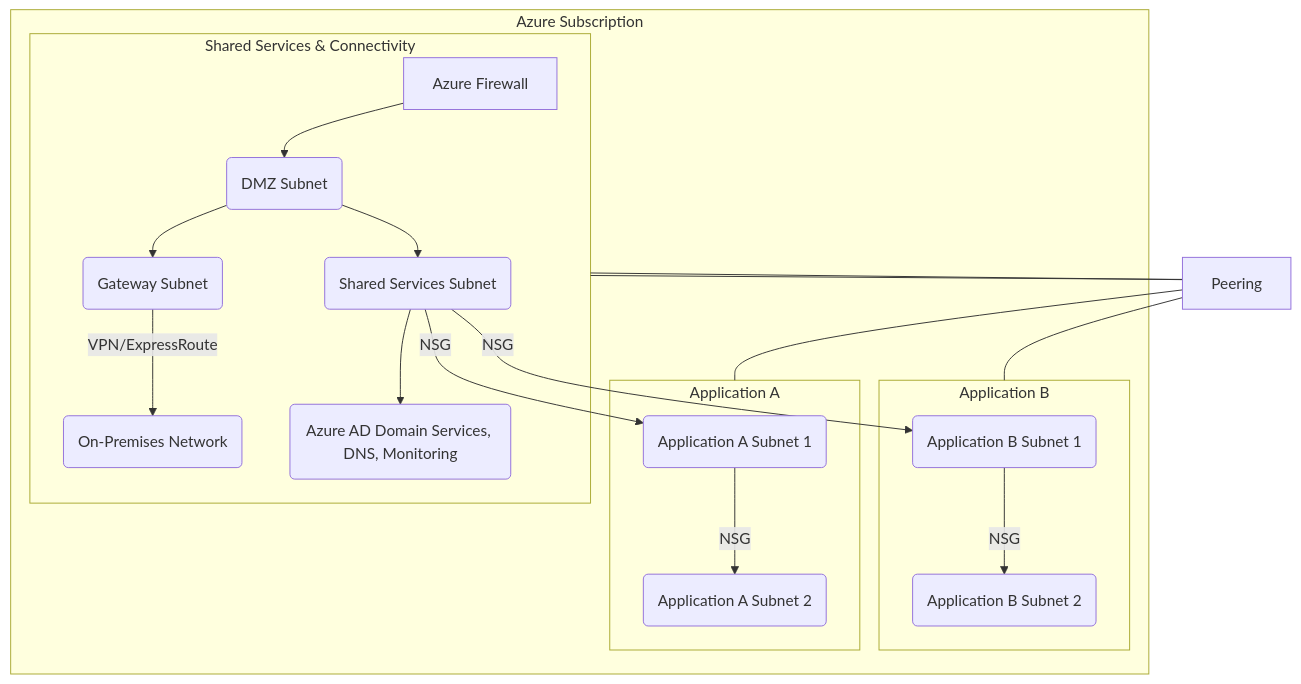
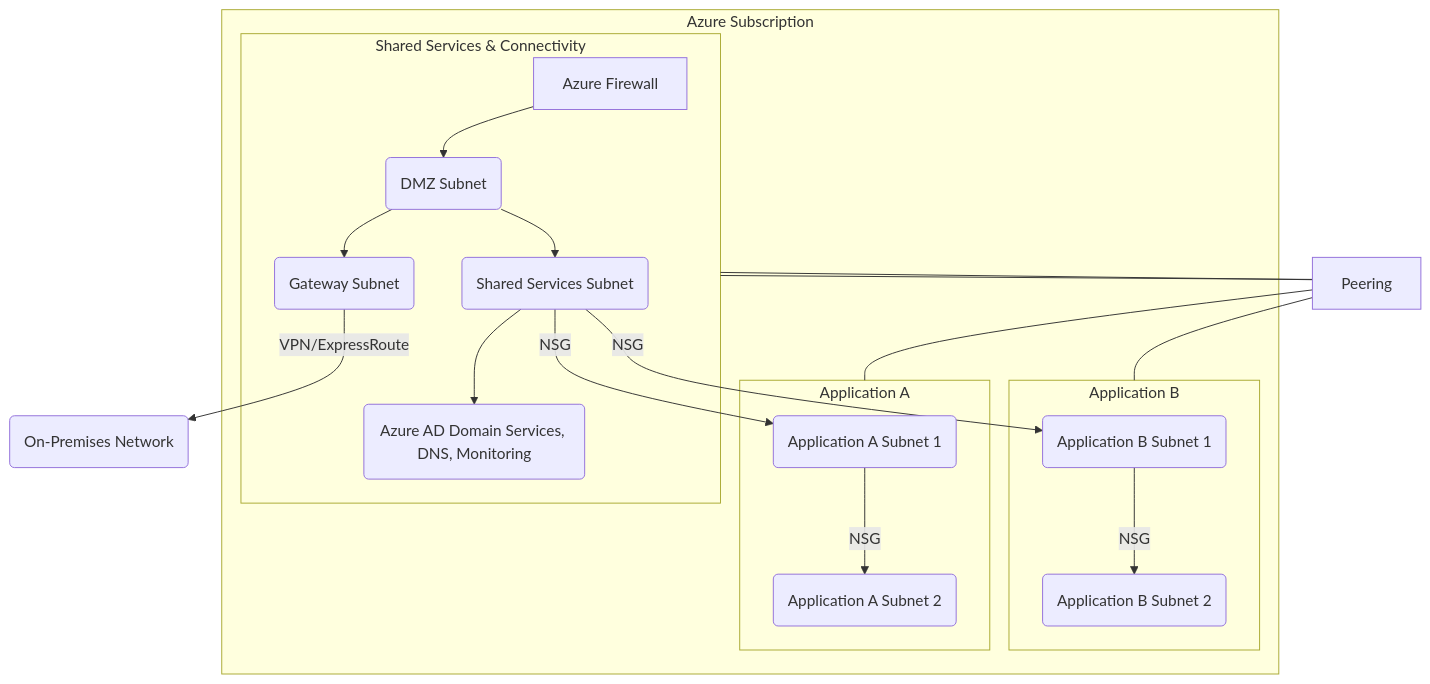
Before and after one commit to olions/olions-public: the diagram in README.md, drawn with Mermaid.

````diff
--- a/README.md
+++ b/README.md
@@ -4,30 +4,31 @@
 ```mermaid
 graph TD
     subgraph Azure Subscription
         subgraph Hub ["Shared Services & Connectivity"]
             A[Azure Firewall] --> B(DMZ Subnet)
             B --> C(Gateway Subnet)
-            C -- VPN/ExpressRoute --> D(On-Premises Network)
+            
             B --> E(Shared Services Subnet)
             E --> F(Azure AD Domain Services, DNS, Monitoring)
         end
 
         subgraph Spoke1 ["Application A"]
             G(Application A Subnet 1)
             H(Application A Subnet 2)
         end
 
         subgraph Spoke2 ["Application B"]
             I(Application B Subnet 1)
             J(Application B Subnet 2)
         end
     end
 
     Hub --- Peering --- Spoke1
     Hub --- Peering --- Spoke2
+    C -- VPN/ExpressRoute --> D(On-Premises Network)
 
     G -- NSG --> H
     I -- NSG --> J
     E -- NSG --> G
     E -- NSG --> I
 ```
````
